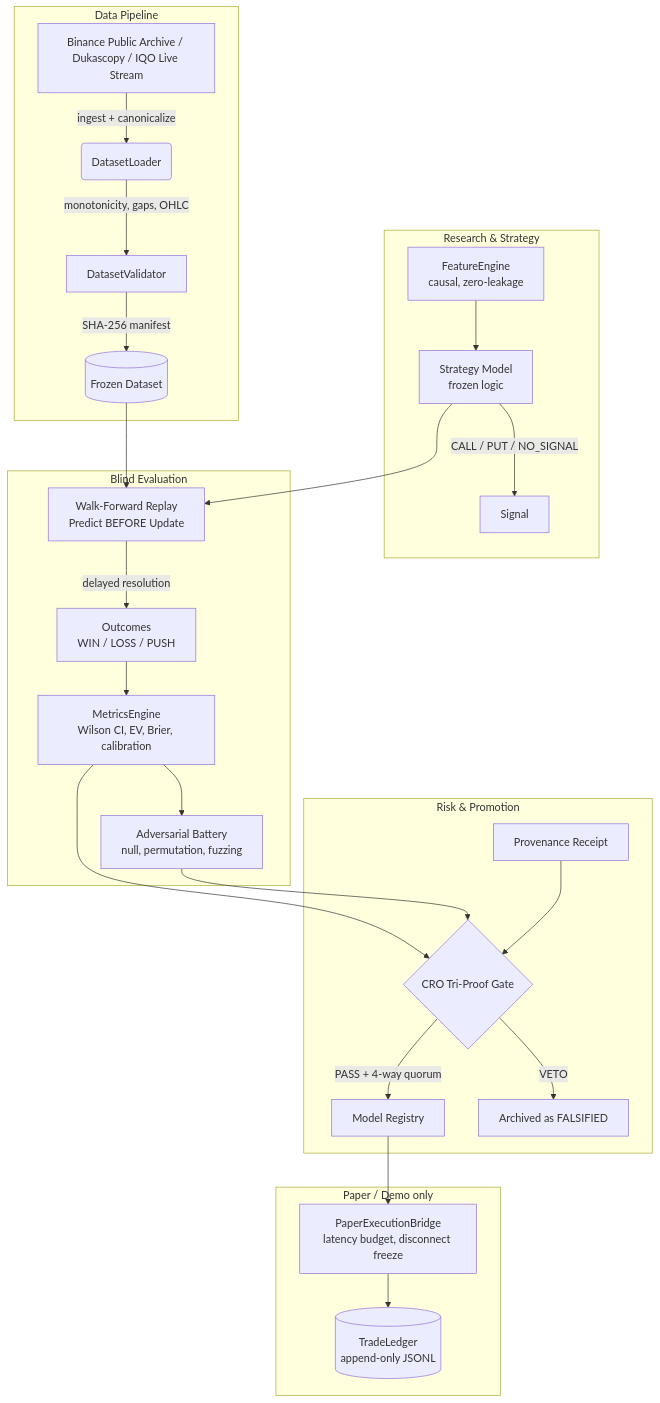
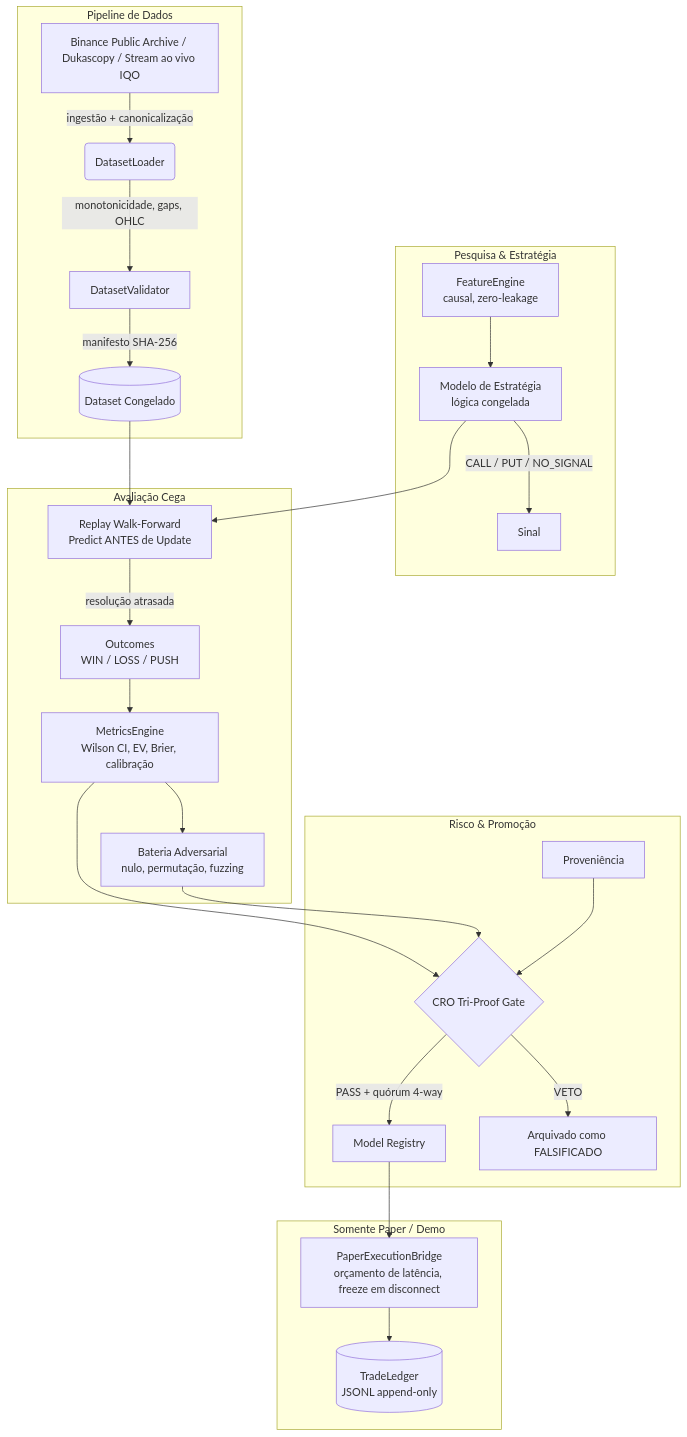
The first of 3 diagrams in README.md (microfactx/binary-options-quant), drawn with Mermaid before and after one commit. The commit also changed other lines of this file, not shown here.

````diff
--- a/README.md
+++ b/README.md
@@ -31,34 +31,34 @@
 ```mermaid
 graph TD
-    subgraph DataLayer [Data Pipeline]
-        A[Binance Public Archive / Dukascopy / IQO Live Stream] -->|ingest + canonicalize| B(DatasetLoader)
-        B -->|monotonicity, gaps, OHLC| C[DatasetValidator]
-        C -->|SHA-256 manifest| D[(Frozen Dataset)]
+    subgraph CamadaDados [Pipeline de Dados]
+        A[Binance Public Archive / Dukascopy / Stream ao vivo IQO] -->|ingestão + canonicalização| B(DatasetLoader)
+        B -->|monotonicidade, gaps, OHLC| C[DatasetValidator]
+        C -->|manifesto SHA-256| D[(Dataset Congelado)]
     end
 
-    subgraph StrategyLayer [Research & Strategy]
-        E[FeatureEngine<br/>causal, zero-leakage] --> F[Strategy Model<br/>frozen logic]
-        F -->|CALL / PUT / NO_SIGNAL| G[Signal]
+    subgraph CamadaEstrategia [Pesquisa & Estratégia]
+        E[FeatureEngine<br/>causal, zero-leakage] --> F[Modelo de Estratégia<br/>lógica congelada]
+        F -->|CALL / PUT / NO_SIGNAL| G[Sinal]
     end
 
-    subgraph ValidationLayer [Blind Evaluation]
-        D --> H[Walk-Forward Replay<br/>Predict BEFORE Update]
+    subgraph CamadaValidacao [Avaliação Cega]
+        D --> H[Replay Walk-Forward<br/>Predict ANTES de Update]
         F --> H
-        H -->|delayed resolution| I[Outcomes<br/>WIN / LOSS / PUSH]
-        I --> J[MetricsEngine<br/>Wilson CI, EV, Brier, calibration]
-        J --> K[Adversarial Battery<br/>null, permutation, fuzzing]
+        H -->|resolução atrasada| I[Outcomes<br/>WIN / LOSS / PUSH]
+        I --> J[MetricsEngine<br/>Wilson CI, EV, Brier, calibração]
+        J --> K[Bateria Adversarial<br/>nulo, permutação, fuzzing]
     end
 
-    subgraph GovernanceLayer [Risk & Promotion]
+    subgraph CamadaGovernanca [Risco & Promoção]
         J --> L{CRO Tri-Proof Gate}
         K --> L
-        M[Provenance Receipt] --> L
-        L -->|PASS + 4-way quorum| N[Model Registry]
-        L -->|VETO| O[Archived as FALSIFIED]
+        M[Proveniência] --> L
+        L -->|PASS + quórum 4-way| N[Model Registry]
+        L -->|VETO| O[Arquivado como FALSIFICADO]
     end
 
-    subgraph ExecutionLayer [Paper / Demo only]
-        N --> P[PaperExecutionBridge<br/>latency budget, disconnect freeze]
-        P --> Q[(TradeLedger<br/>append-only JSONL)]
+    subgraph CamadaExecucao [Somente Paper / Demo]
+        N --> P[PaperExecutionBridge<br/>orçamento de latência, freeze em disconnect]
+        P --> Q[(TradeLedger<br/>JSONL append-only)]
     end
 ```
````
